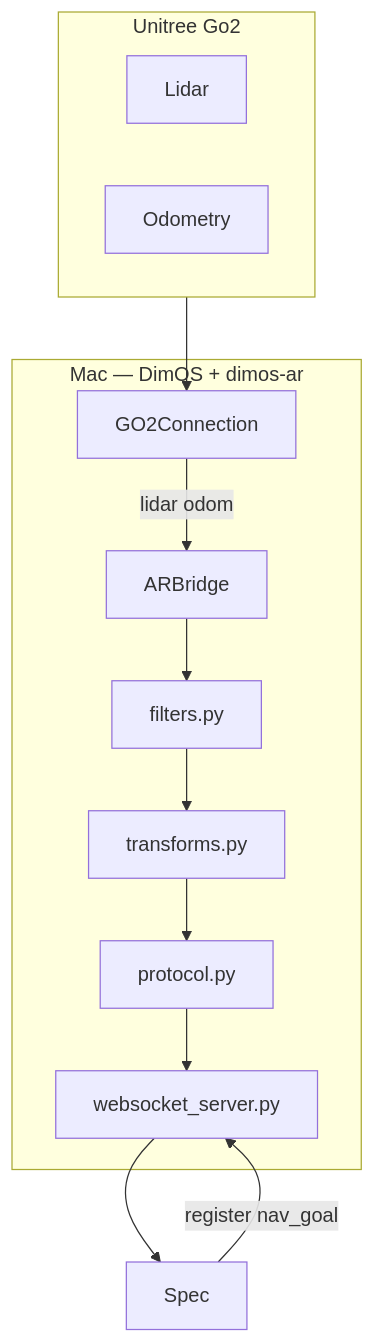
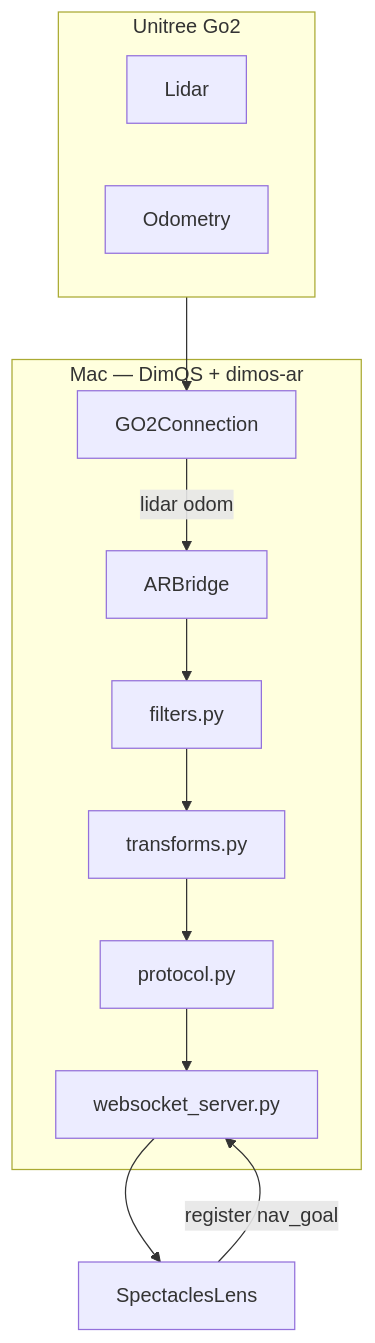
One commit to V4C38/spectacles-dimensional-os changed the third of 3 diagrams in README.md. Above: the diagram before and after it, drawn with Mermaid. The commit also changed other lines of this file and 164 other files, not shown here.

````diff
--- a/README.md
+++ b/README.md
@@ -235,23 +293,23 @@
 ```mermaid
 flowchart TB
     subgraph Robot [Unitree Go2]
         Lidar[Lidar]
         Odom[Odometry]
     end
 
     subgraph Mac [Mac — DimOS + dimos-ar]
         GO2[GO2Connection]
         Bridge[ARBridge]
         Filter[filters.py]
         Xform[transforms.py]
         Proto[protocol.py]
         WS[websocket_server.py]
 
         GO2 -->|lidar odom| Bridge
         Bridge --> Filter --> Xform --> Proto --> WS
     end
 
     Robot --> GO2
-    WS --> Spec
-    Spec -->|register nav_goal| WS
+    WS --> Lens[SpectaclesLens]
+    Lens -->|register nav_goal| WS
 ```
````
